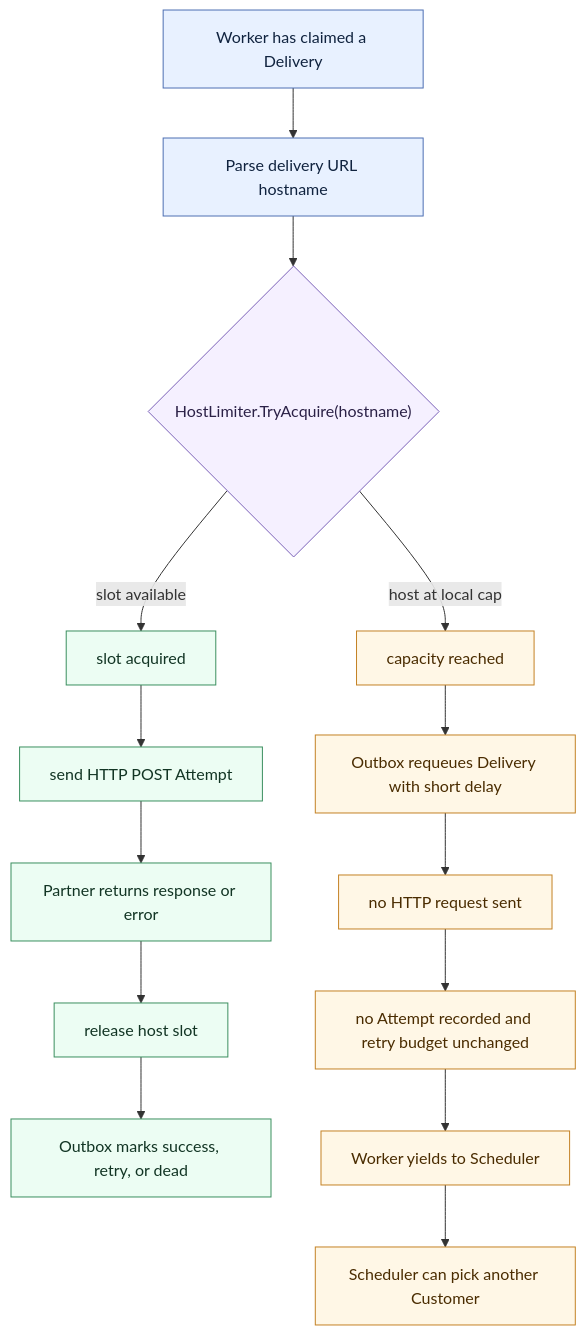
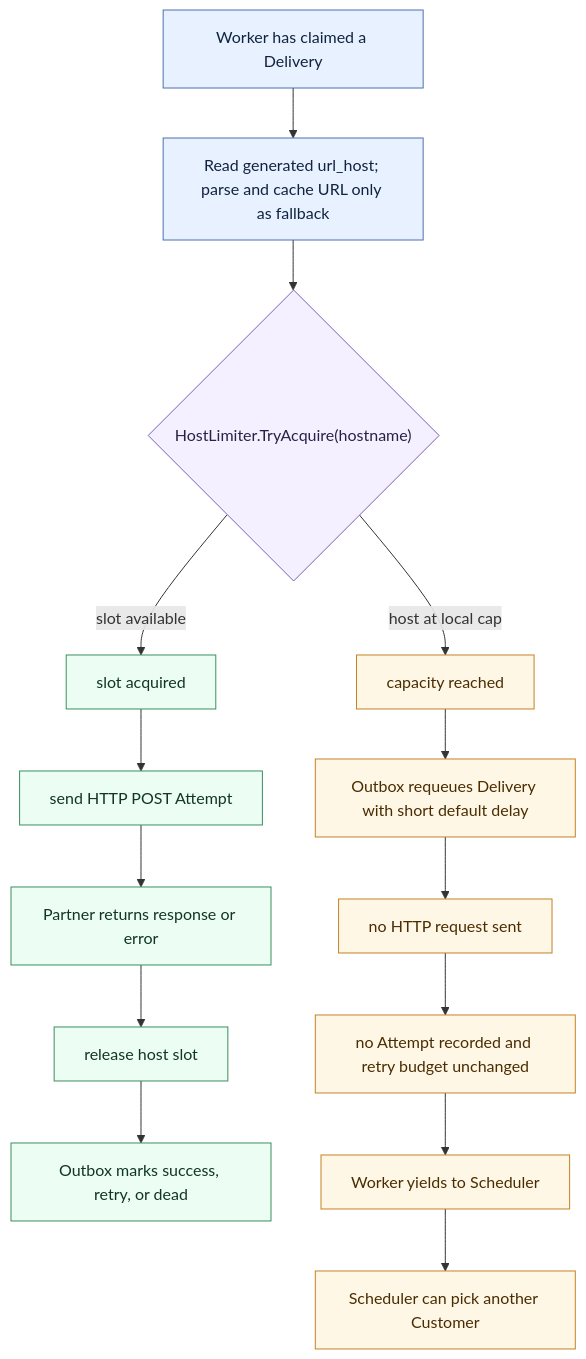
Before and after one commit to lvluu/webhook-notifier: the diagram in docs/animations/host-limiter.mmd, drawn with Mermaid. The commit also changed 51 other files, not shown here.

```diff
--- a/docs/animations/host-limiter.mmd
+++ b/docs/animations/host-limiter.mmd
@@ -1,50 +1,50 @@
 flowchart TD
     %% Animation intent:
     %% 1. Worker has already claimed a Delivery.
     %% 2. Before HTTP POST, Worker asks HostLimiter for a hostname slot.
     %% 3. If a slot is available, Worker sends the Attempt and records outcome.
     %% 4. If host is at local cap, Worker requeues without sending HTTP.
     %% 5. Requeue does not record an Attempt or consume retry budget.
     %% 6. Worker yields so another Customer can proceed.
 
     A["Worker has claimed a Delivery"]
-    B["Parse delivery URL hostname"]
+    B["Read generated url_host; parse and cache URL only as fallback"]
     C{"HostLimiter.TryAcquire(hostname)"}
 
     D["slot acquired"]
     E["send HTTP POST Attempt"]
     F["Partner returns response or error"]
     G["release host slot"]
     H["Outbox marks success, retry, or dead"]
 
     I["capacity reached"]
-    J["Outbox requeues Delivery with short delay"]
+    J["Outbox requeues Delivery with short default delay"]
     K["no HTTP request sent"]
     L["no Attempt recorded and retry budget unchanged"]
     M["Worker yields to Scheduler"]
     N["Scheduler can pick another Customer"]
 
     A --> B
     B --> C
 
     C -->|"slot available"| D
     D --> E
     E --> F
     F --> G
     G --> H
 
     C -->|"host at local cap"| I
     I --> J
     J --> K
     K --> L
     L --> M
     M --> N
 
     classDef start fill:#e8f1ff,stroke:#4d6fb3,color:#10233f;
     classDef success fill:#ecfdf3,stroke:#3b8f5f,color:#123524;
     classDef delayed fill:#fff7e6,stroke:#c48225,color:#4a2c00;
     classDef decision fill:#f5f0ff,stroke:#7b61b8,color:#2b2147;
     class A,B start;
     class C decision;
     class D,E,F,G,H success;
     class I,J,K,L,M,N delayed;
```
